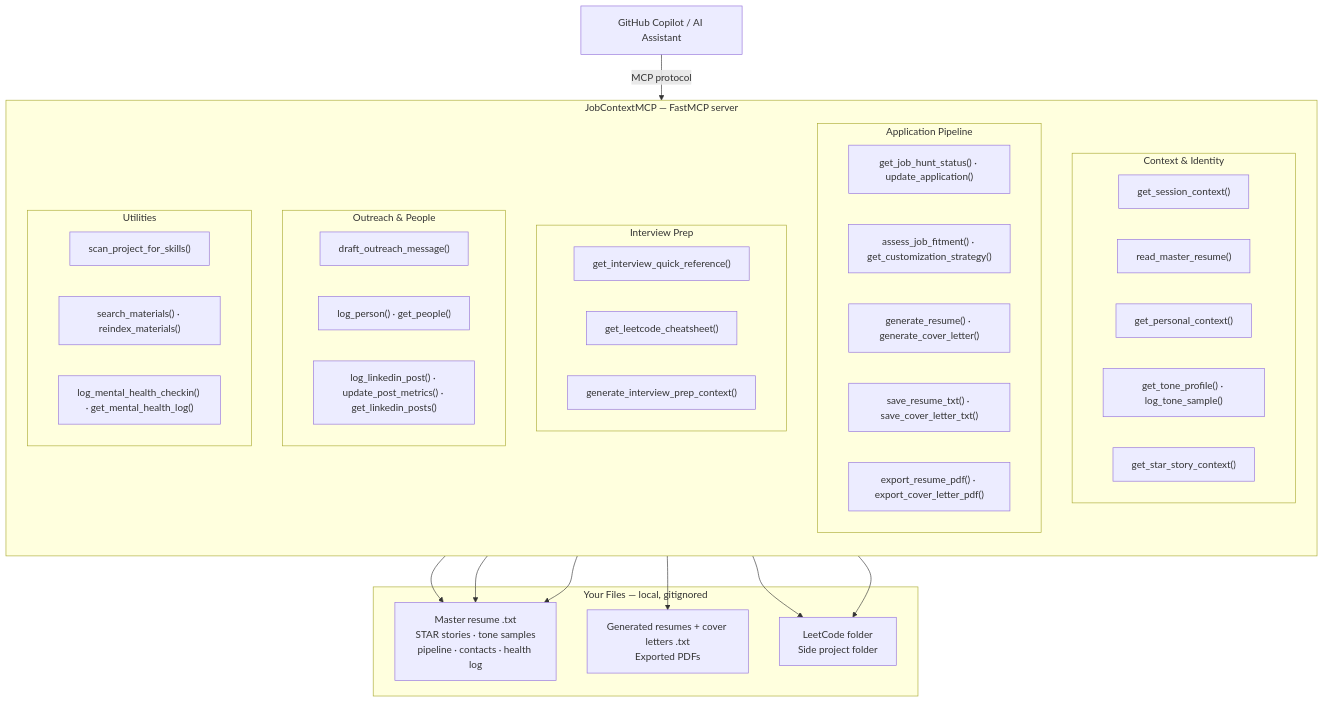
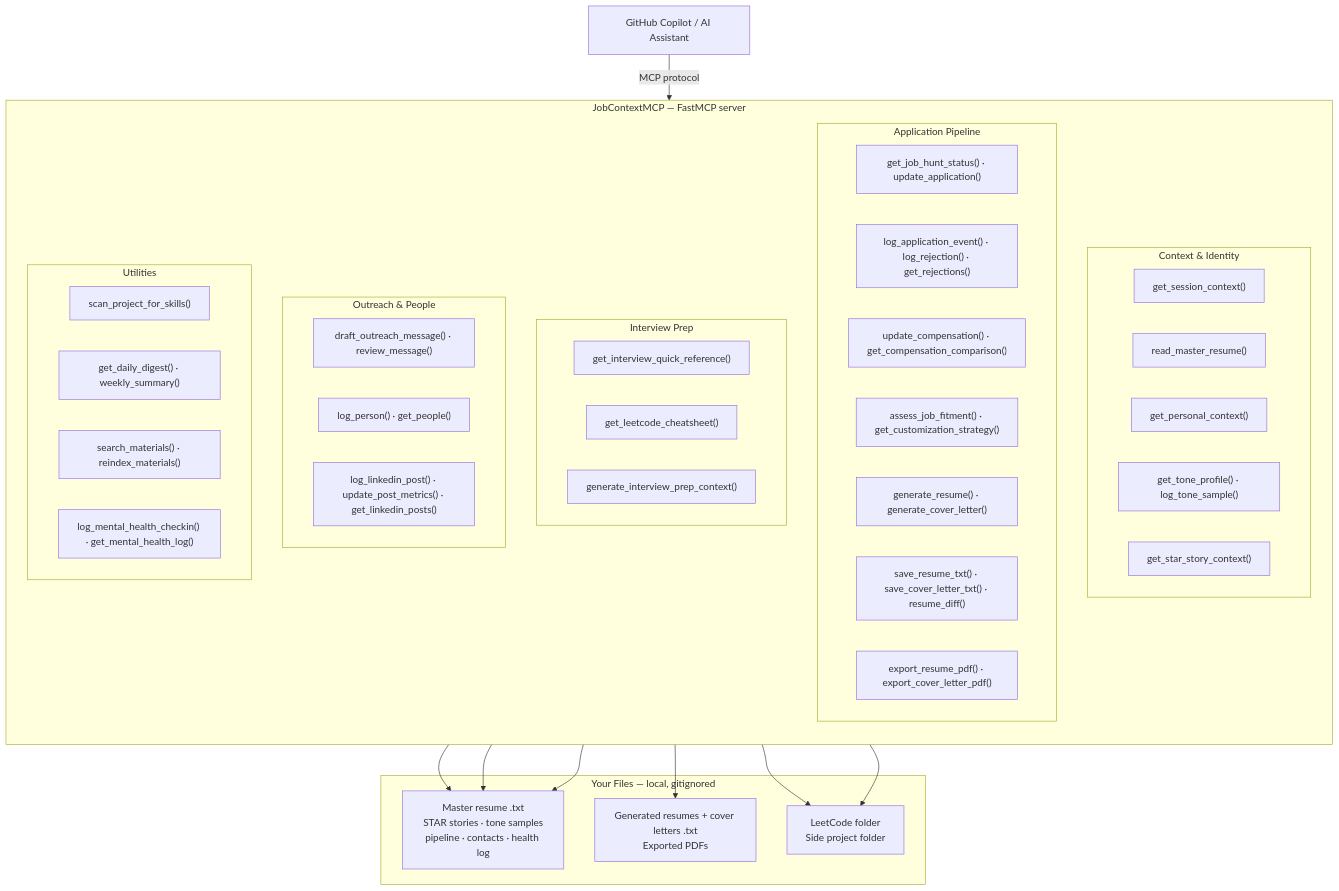
Before and after one commit to JustLikeFrank3/jobContextMCP: the first of 2 diagrams in README.md, drawn with Mermaid. The commit also changed other lines of this file and 20 other files, not shown here.

````diff
--- a/README.md
+++ b/README.md
@@ -37,57 +37,60 @@
 ```mermaid
 graph TB
     AI["GitHub Copilot / AI Assistant"]
 
     AI -->|MCP protocol| SERVER
 
     subgraph SERVER["JobContextMCP  —  FastMCP server"]
         direction TB
 
         subgraph CTX["Context & Identity"]
             T1["get_session_context()"]
             T2["read_master_resume()"]
             T3["get_personal_context()"]
             T4["get_tone_profile() · log_tone_sample()"]
             T5["get_star_story_context()"]
         end
 
         subgraph PIPELINE["Application Pipeline"]
             T6["get_job_hunt_status() · update_application()"]
+            T6b["log_application_event() · log_rejection() · get_rejections()"]
+            T6c["update_compensation() · get_compensation_comparison()"]
             T7["assess_job_fitment() · get_customization_strategy()"]
             T8["generate_resume() · generate_cover_letter()"]
-            T9["save_resume_txt() · save_cover_letter_txt()"]
+            T9["save_resume_txt() · save_cover_letter_txt() · resume_diff()"]
             T10["export_resume_pdf() · export_cover_letter_pdf()"]
         end
 
         subgraph INTERVIEW["Interview Prep"]
             T11["get_interview_quick_reference()"]
             T12["get_leetcode_cheatsheet()"]
             T13["generate_interview_prep_context()"]
         end
 
         subgraph NETWORK["Outreach & People"]
-            T14["draft_outreach_message()"]
+            T14["draft_outreach_message() · review_message()"]
             T15["log_person() · get_people()"]
             T19["log_linkedin_post() · update_post_metrics() · get_linkedin_posts()"]
         end
 
         subgraph UTIL["Utilities"]
             T16["scan_project_for_skills()"]
+            T16b["get_daily_digest() · weekly_summary()"]
             T17["search_materials() · reindex_materials()"]
             T18["log_mental_health_checkin() · get_mental_health_log()"]
         end
     end
 
     subgraph FILES["Your Files  —  local, gitignored"]
         F1["Master resume .txt\nSTAR stories · tone samples\npipeline · contacts · health log"]
         F2["Generated resumes + cover letters .txt\nExported PDFs"]
         F3["LeetCode folder\nSide project folder"]
     end
 
     CTX --> F1
     PIPELINE --> F1
     PIPELINE --> F2
     INTERVIEW --> F3
     UTIL --> F3
     UTIL --> F1
 ```
````
